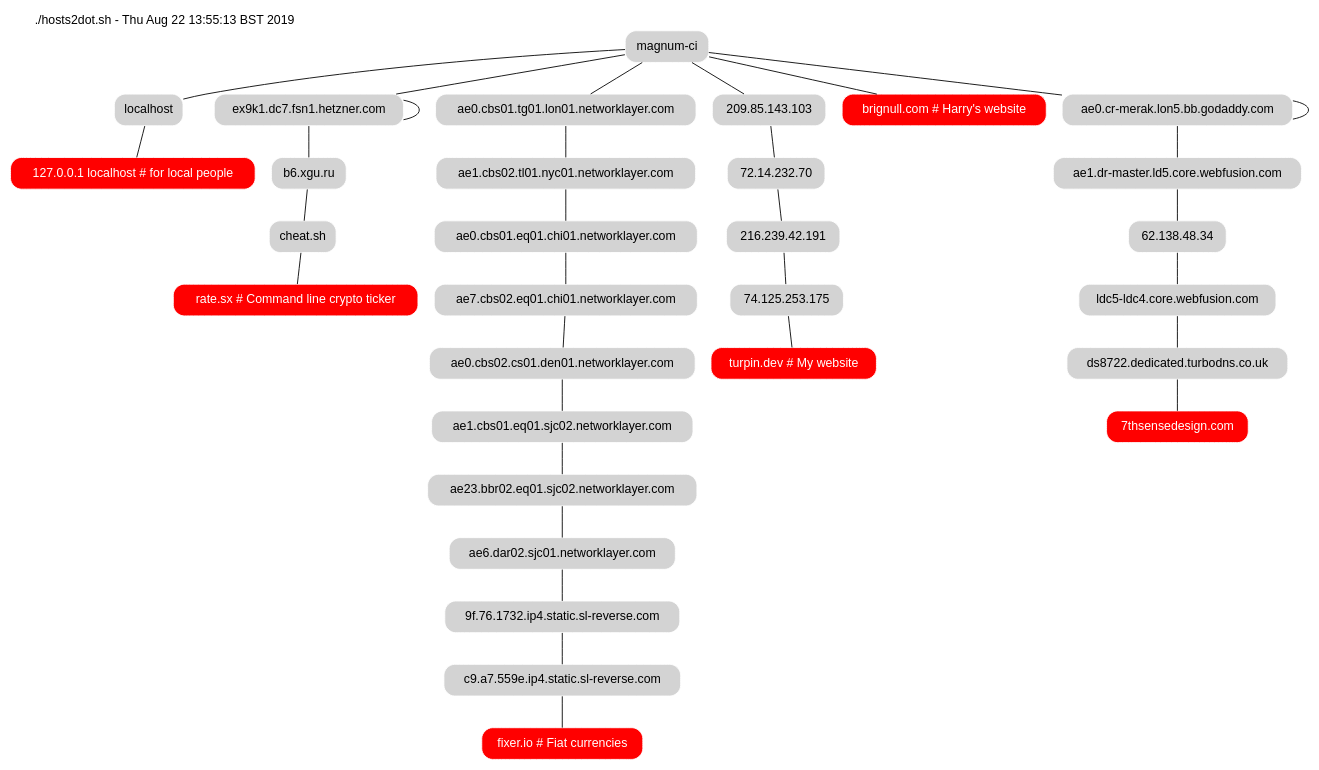
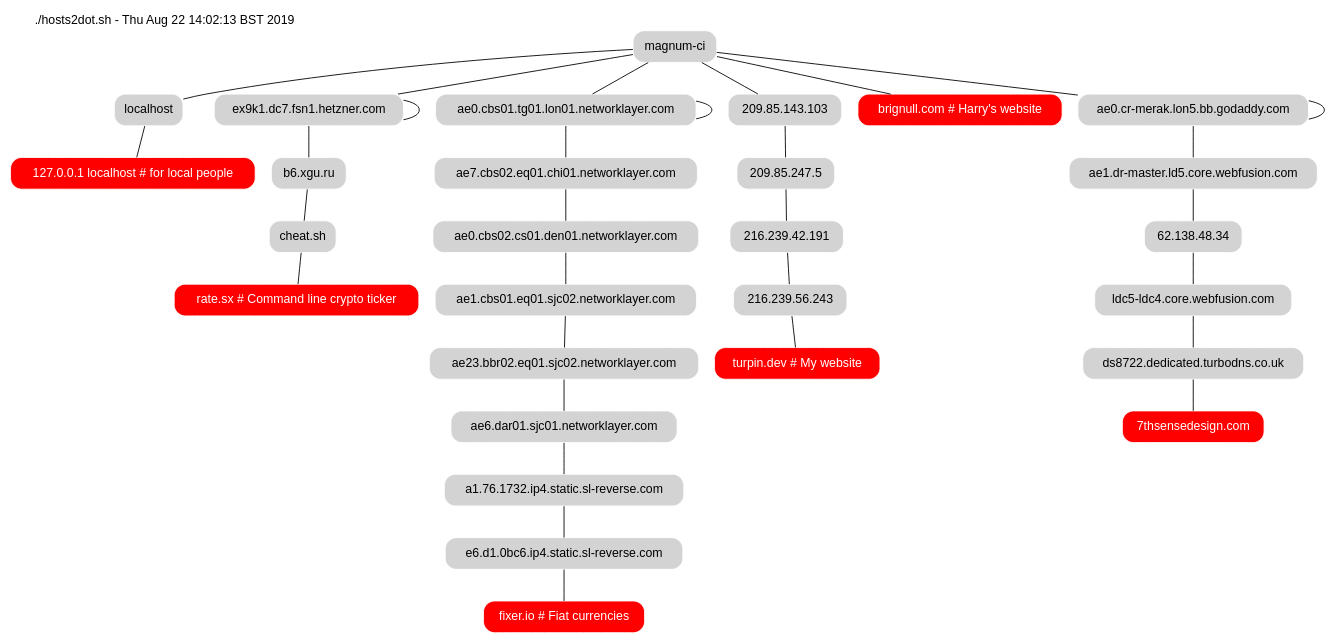
The diagram in artefacts/hosts2dot/topology.dot (deanturpin/magnum-ci), drawn with Graphviz before and after one commit. The commit also changed 15 other files, not shown here.

```diff
--- a/artefacts/hosts2dot/topology.dot
+++ b/artefacts/hosts2dot/topology.dot
@@ -1,18 +1,18 @@
 strict graph {
 fontname=helvetica
 node [shape=rect style="filled,rounded" color=white fillcolor=lightgrey fontname=helvetica]
 soy_yo [label="magnum-ci"]
-graph [label="./hosts2dot.sh - Thu Aug 22 13:55:13 BST 2019" labelloc=top labeljust=left]
+graph [label="./hosts2dot.sh - Thu Aug 22 14:02:13 BST 2019" labelloc=top labeljust=left]
 "127.0.0.1 localhost # for local people" [fillcolor=red fontcolor=white]
 soy_yo--"localhost"--"127.0.0.1 localhost # for local people"
 "rate.sx # Command line crypto ticker" [fillcolor=red fontcolor=white]
 soy_yo--"ex9k1.dc7.fsn1.hetzner.com"--"ex9k1.dc7.fsn1.hetzner.com"--"b6.xgu.ru"--"cheat.sh"--"rate.sx # Command line crypto ticker"
 "fixer.io # Fiat currencies" [fillcolor=red fontcolor=white]
-soy_yo--"ae0.cbs01.tg01.lon01.networklayer.com"--"ae1.cbs02.tl01.nyc01.networklayer.com"--"ae0.cbs01.eq01.chi01.networklayer.com"--"ae7.cbs02.eq01.chi01.networklayer.com"--"ae0.cbs02.cs01.den01.networklayer.com"--"ae1.cbs01.eq01.sjc02.networklayer.com"--"ae23.bbr02.eq01.sjc02.networklayer.com"--"ae6.dar02.sjc01.networklayer.com"--"9f.76.1732.ip4.static.sl-reverse.com"--"c9.a7.559e.ip4.static.sl-reverse.com"--"fixer.io # Fiat currencies"
+soy_yo--"ae0.cbs01.tg01.lon01.networklayer.com"--"ae0.cbs01.tg01.lon01.networklayer.com"--"ae7.cbs02.eq01.chi01.networklayer.com"--"ae0.cbs02.cs01.den01.networklayer.com"--"ae1.cbs01.eq01.sjc02.networklayer.com"--"ae23.bbr02.eq01.sjc02.networklayer.com"--"ae6.dar01.sjc01.networklayer.com"--"a1.76.1732.ip4.static.sl-reverse.com"--"e6.d1.0bc6.ip4.static.sl-reverse.com"--"fixer.io # Fiat currencies"
 "turpin.dev # My website" [fillcolor=red fontcolor=white]
-soy_yo--"209.85.143.103"--"72.14.232.70"--"216.239.42.191"--"74.125.253.175"--"turpin.dev # My website"
+soy_yo--"209.85.143.103"--"209.85.247.5"--"216.239.42.191"--"216.239.56.243"--"turpin.dev # My website"
 "brignull.com # Harry's website" [fillcolor=red fontcolor=white]
 soy_yo--"brignull.com # Harry's website"
 "7thsensedesign.com" [fillcolor=red fontcolor=white]
 soy_yo--"ae0.cr-merak.lon5.bb.godaddy.com"--"ae0.cr-merak.lon5.bb.godaddy.com"--"ae1.dr-master.ld5.core.webfusion.com"--"62.138.48.34"--"ldc5-ldc4.core.webfusion.com"--"ds8722.dedicated.turbodns.co.uk"--"7thsensedesign.com"
 }
```
